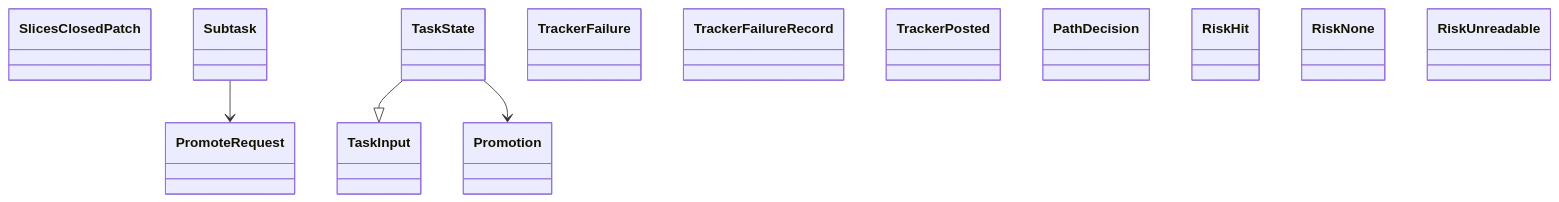
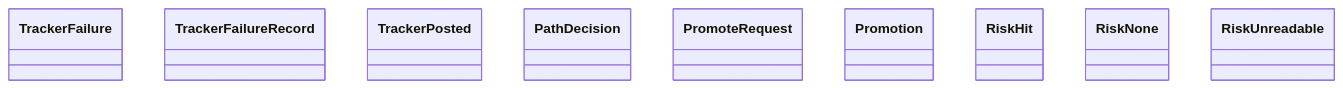
One commit to GonzaloZevallos/agentic-system changed the diagram in docs/architecture/generated/classes-process-domain-state-7.md. Above: the diagram before and after it, drawn with Mermaid. The commit also changed other lines of this file and 14 other files, not shown here.

````diff
--- a/docs/architecture/generated/classes-process-domain-state-7.md
+++ b/docs/architecture/generated/classes-process-domain-state-7.md
@@ -25,19 +25,12 @@
 ```mermaid
 classDiagram
-    class task__SlicesClosedPatch["SlicesClosedPatch"]
-    class task__Subtask["Subtask"]
-    class task__TaskInput["TaskInput"]
-    class task__TaskState["TaskState"]
     class task__TrackerFailure["TrackerFailure"]
     class task__TrackerFailureRecord["TrackerFailureRecord"]
     class task__TrackerPosted["TrackerPosted"]
     class task_path__PathDecision["PathDecision"]
     class task_path__PromoteRequest["PromoteRequest"]
     class task_path__Promotion["Promotion"]
     class task_path__RiskHit["RiskHit"]
     class task_path__RiskNone["RiskNone"]
     class task_path__RiskUnreadable["RiskUnreadable"]
-    task__Subtask --> task_path__PromoteRequest
-    task__TaskState --|> task__TaskInput
-    task__TaskState --> task_path__Promotion
 ```
````
